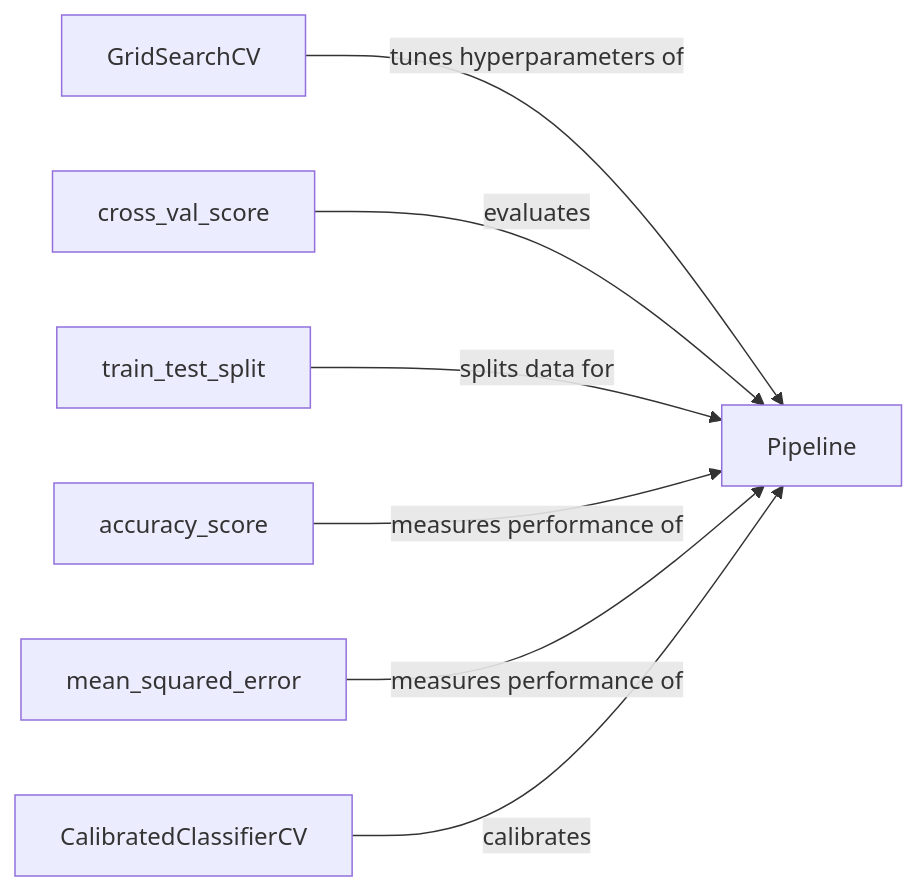
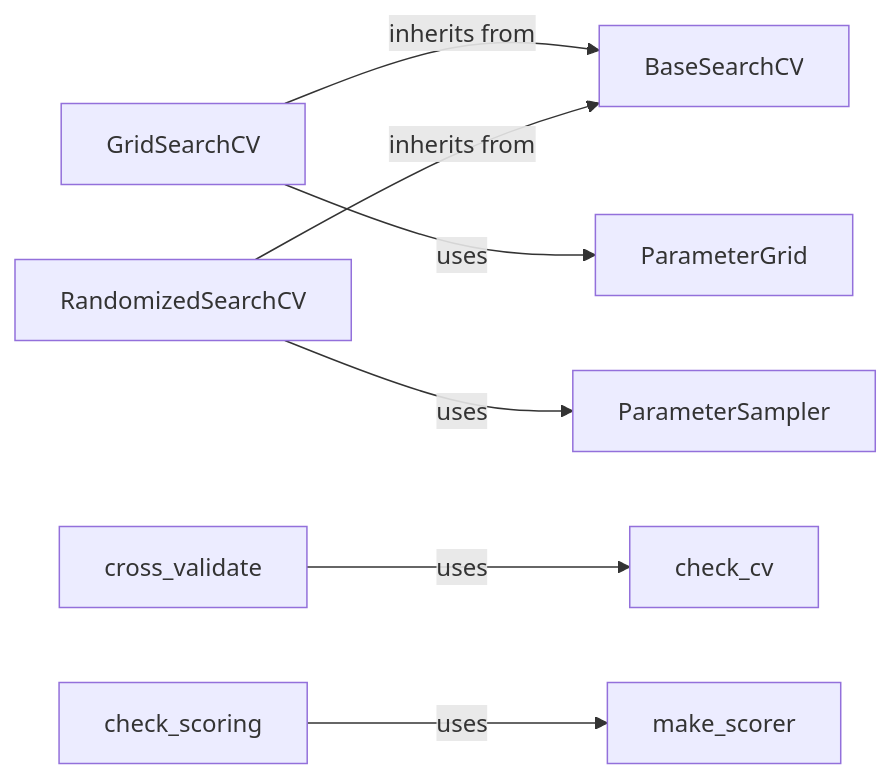
Before and after one commit to CodeBoarding/GeneratedOnBoardings: the diagram in scikit-learn/Model Evaluation and Selection.md, drawn with Mermaid. The commit also changed other lines of this file and 109 other files, not shown here.

````diff
--- a/scikit-learn/Model Evaluation and Selection.md
+++ b/scikit-learn/Model Evaluation and Selection.md
@@ -1,16 +1,18 @@
 ```mermaid
 graph LR
+    BaseSearchCV["BaseSearchCV"]
     GridSearchCV["GridSearchCV"]
-    cross_val_score["cross_val_score"]
-    train_test_split["train_test_split"]
-    accuracy_score["accuracy_score"]
-    mean_squared_error["mean_squared_error"]
-    CalibratedClassifierCV["CalibratedClassifierCV"]
-    Pipeline["Pipeline"]
-    GridSearchCV -- "tunes hyperparameters of" --> Pipeline
-    cross_val_score -- "evaluates" --> Pipeline
-    train_test_split -- "splits data for" --> Pipeline
-    accuracy_score -- "measures performance of" --> Pipeline
-    mean_squared_error -- "measures performance of" --> Pipeline
-    CalibratedClassifierCV -- "calibrates" --> Pipeline
+    RandomizedSearchCV["RandomizedSearchCV"]
+    ParameterSampler["ParameterSampler"]
+    ParameterGrid["ParameterGrid"]
+    cross_validate["cross_validate"]
+    check_cv["check_cv"]
+    make_scorer["make_scorer"]
+    check_scoring["check_scoring"]
+    GridSearchCV -- "inherits from" --> BaseSearchCV
+    RandomizedSearchCV -- "inherits from" --> BaseSearchCV
+    RandomizedSearchCV -- "uses" --> ParameterSampler
+    GridSearchCV -- "uses" --> ParameterGrid
+    cross_validate -- "uses" --> check_cv
+    check_scoring -- "uses" --> make_scorer
 ```
````
